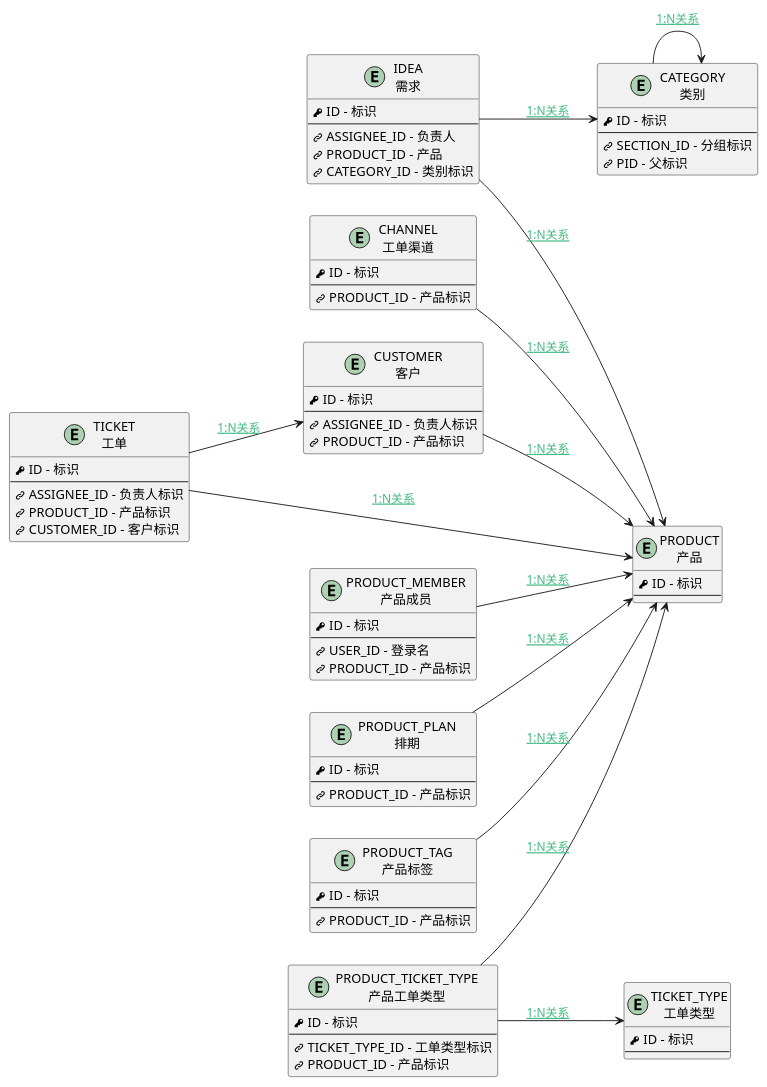
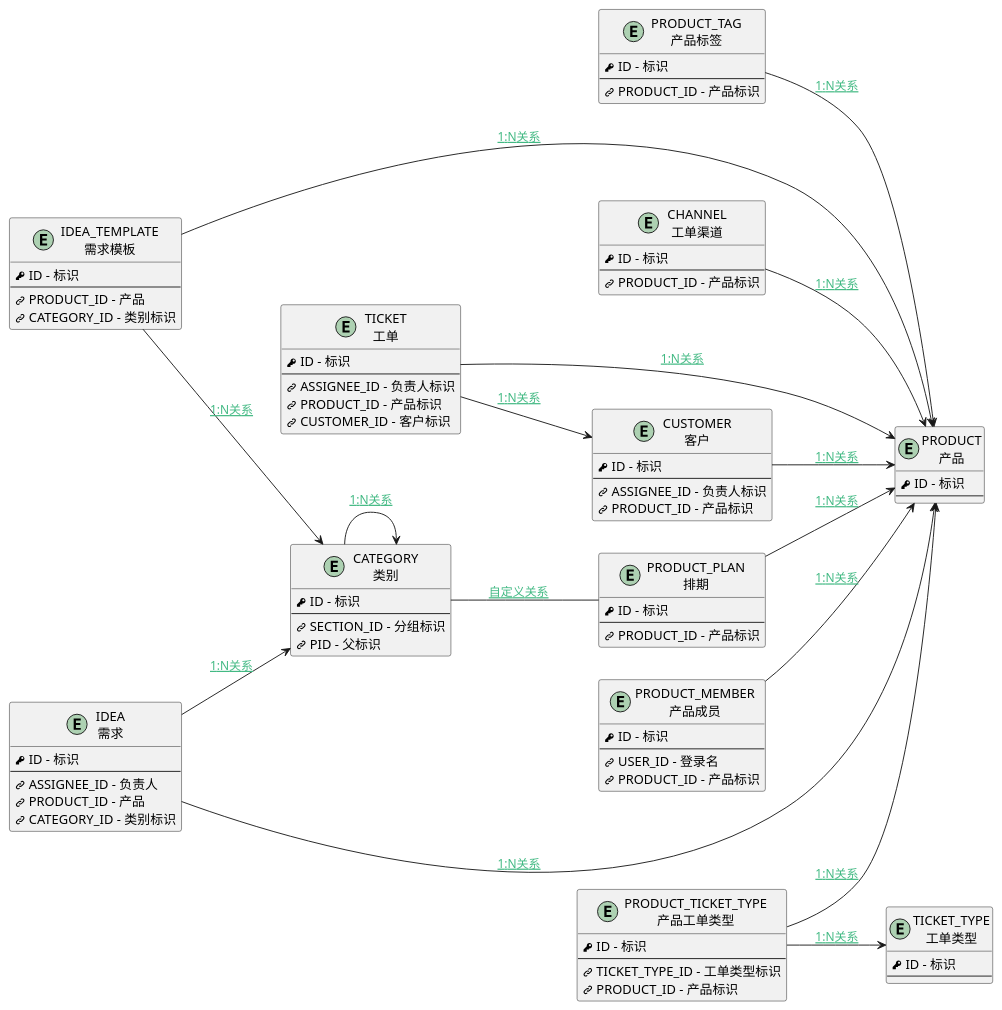
Before and after one commit to iBizLab/plm: the diagram in doc/docsify/er/prodmgmt.md, drawn with PlantUML. The commit also changed 1068 other files, not shown here.

```diff
--- a/doc/docsify/er/prodmgmt.md
+++ b/doc/docsify/er/prodmgmt.md
@@ -31,6 +31,12 @@
         <&key> ID - 标识
         --
         <&link-intact> ASSIGNEE_ID - 负责人
+        <&link-intact> PRODUCT_ID - 产品
+        <&link-intact> CATEGORY_ID - 类别标识
+}
+entity "IDEA_TEMPLATE\n需求模板" as IDEA_TEMPLATE [[$../module/ProdMgmt/idea_template {需求模板}]] {
+        <&key> ID - 标识
+        --
         <&link-intact> PRODUCT_ID - 产品
         <&link-intact> CATEGORY_ID - 类别标识
 }
@@ -74,15 +80,18 @@
 
 CATEGORY--> CATEGORY : [[$../der/DER1N_CATEGORY_CATEGORY_PID{DER1N_CATEGORY_CATEGORY_PID} 1:N关系]]
 IDEA--> CATEGORY : [[$../der/DER1N_IDEA_CATEGORY_CATEGORY_ID{DER1N_IDEA_CATEGORY_CATEGORY_ID} 1:N关系]]
+IDEA_TEMPLATE--> CATEGORY : [[$../der/DER1N_IDEA_TEMPLATE_CATEGORY_CATEGORY_ID{DER1N_IDEA_TEMPLATE_CATEGORY_CATEGORY_ID} 1:N关系]]
 TICKET--> CUSTOMER : [[$../der/DER1N_TICKET_CUSTOMER_CUSTOMER_ID{DER1N_TICKET_CUSTOMER_CUSTOMER_ID} 1:N关系]]
 CHANNEL--> PRODUCT : [[$../der/DER1N_CHANNEL_PRODUCT_PRODUCT_ID{DER1N_CHANNEL_PRODUCT_PRODUCT_ID} 1:N关系]]
 CUSTOMER--> PRODUCT : [[$../der/DER1N_CUSTOMER_PRODUCT_PRODUCT_ID{DER1N_CUSTOMER_PRODUCT_PRODUCT_ID} 1:N关系]]
 IDEA--> PRODUCT : [[$../der/DER1N_IDEA_PRODUCT_PRODUCT_ID{DER1N_IDEA_PRODUCT_PRODUCT_ID} 1:N关系]]
+IDEA_TEMPLATE--> PRODUCT : [[$../der/DER1N_IDEA_TEMPLATE_PRODUCT_PRODUCT_ID{DER1N_IDEA_TEMPLATE_PRODUCT_PRODUCT_ID} 1:N关系]]
 PRODUCT_PLAN--> PRODUCT : [[$../der/DER1N_PLAN_PRODUCT_PRODUCT_ID{DER1N_PLAN_PRODUCT_PRODUCT_ID} 1:N关系]]
 PRODUCT_MEMBER--> PRODUCT : [[$../der/DER1N_PRODUCT_MEMBER_PRODUCT_PRODUCT_ID{DER1N_PRODUCT_MEMBER_PRODUCT_PRODUCT_ID} 1:N关系]]
 PRODUCT_TAG--> PRODUCT : [[$../der/DER1N_PRODUCT_TAG_PRODUCT_PRODUCT_ID{DER1N_PRODUCT_TAG_PRODUCT_PRODUCT_ID} 1:N关系]]
 PRODUCT_TICKET_TYPE--> PRODUCT : [[$../der/DER1N_PRODUCT_TICKET_TYPE_PRODUCT_PRODUCT_ID{DER1N_PRODUCT_TICKET_TYPE_PRODUCT_PRODUCT_ID} 1:N关系]]
 TICKET--> PRODUCT : [[$../der/DER1N_TICKET_PRODUCT_PRODUCT_ID{DER1N_TICKET_PRODUCT_PRODUCT_ID} 1:N关系]]
+CATEGORY-- PRODUCT_PLAN : [[$../der/DERCUSTOM_CATEGORY_PRODUCT_PLAN{DERCUSTOM_CATEGORY_PRODUCT_PLAN} 自定义关系]]
 PRODUCT_TICKET_TYPE--> TICKET_TYPE : [[$../der/DER1N_PRODUCT_TICKET_TYPE_TICKET_TYPE_TICKET_TYPE_ID{DER1N_PRODUCT_TICKET_TYPE_TICKET_TYPE_TICKET_TYPE_ID} 1:N关系]]
 
 
```
